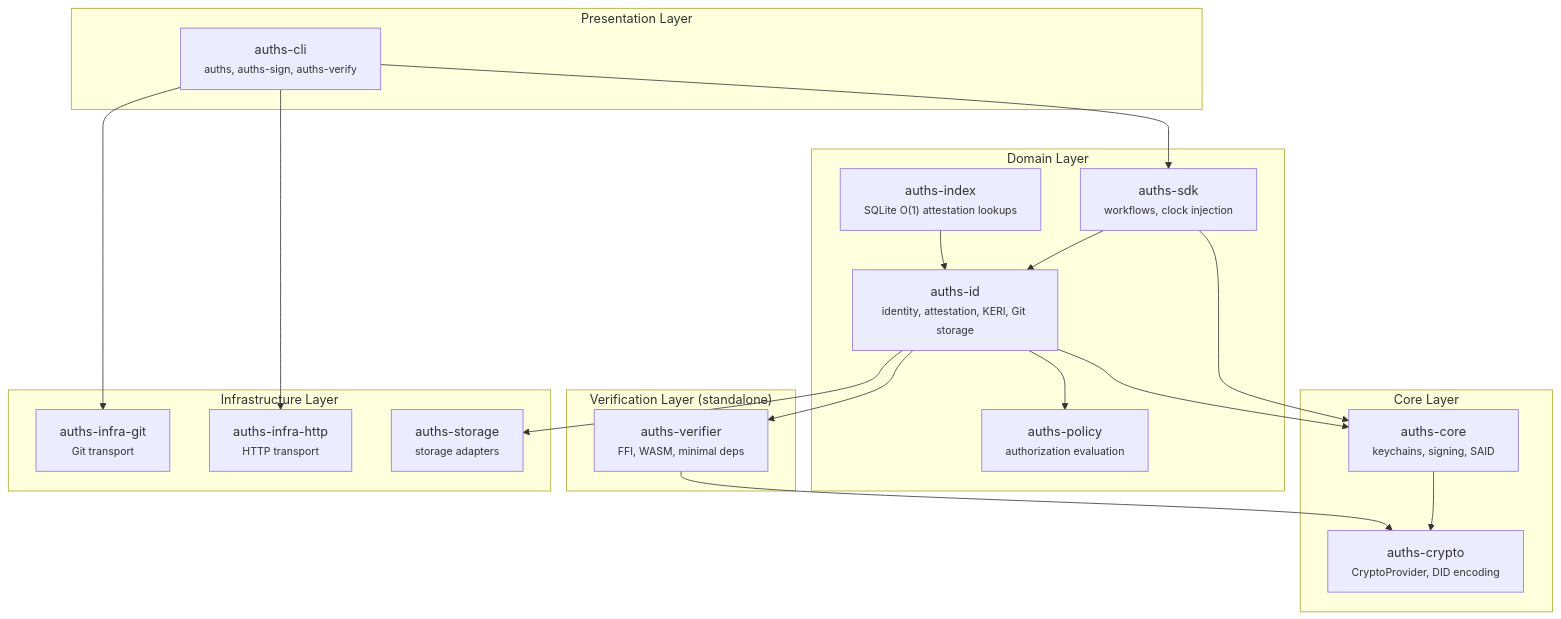
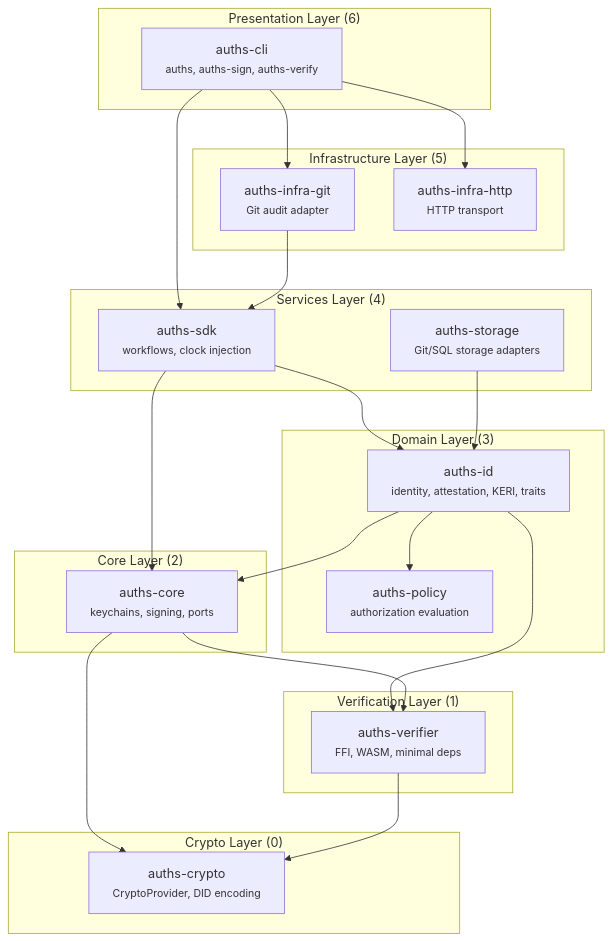
The first of 4 diagrams in docs/architecture/overview.md (auths-dev/auths), drawn with Mermaid before and after one commit. The commit also changed other lines of this file and 1 other file, not shown here.

First line of the commit message:
docs: update project structure and architecture for dependency refactor

````diff
--- a/docs/architecture/overview.md
+++ b/docs/architecture/overview.md
@@ -7,41 +7,47 @@
 ```mermaid
 flowchart TD
-    subgraph Presentation["Presentation Layer"]
+    subgraph Presentation["Presentation Layer (6)"]
         CLI["auths-cli<br/><small>auths, auths-sign, auths-verify</small>"]
     end
 
-    subgraph Domain["Domain Layer"]
-        SDK["auths-sdk<br/><small>workflows, clock injection</small>"]
-        ID["auths-id<br/><small>identity, attestation, KERI, Git storage</small>"]
-        POLICY["auths-policy<br/><small>authorization evaluation</small>"]
-        INDEX["auths-index<br/><small>SQLite O(1) attestation lookups</small>"]
+    subgraph Infrastructure["Infrastructure Layer (5)"]
+        INFRA_GIT["auths-infra-git<br/><small>Git audit adapter</small>"]
+        INFRA_HTTP["auths-infra-http<br/><small>HTTP transport</small>"]
     end
 
-    subgraph Core["Core Layer"]
-        CORE["auths-core<br/><small>keychains, signing, SAID</small>"]
+    subgraph Services["Services Layer (4)"]
+        SDK["auths-sdk<br/><small>workflows, clock injection</small>"]
+        STORAGE["auths-storage<br/><small>Git/SQL storage adapters</small>"]
+    end
+
+    subgraph Domain["Domain Layer (3)"]
+        ID["auths-id<br/><small>identity, attestation, KERI, traits</small>"]
+        POLICY["auths-policy<br/><small>authorization evaluation</small>"]
+    end
+
+    subgraph Core["Core Layer (2)"]
+        CORE["auths-core<br/><small>keychains, signing, ports</small>"]
+    end
+
+    subgraph Verification["Verification Layer (1)"]
+        VERIFIER["auths-verifier<br/><small>FFI, WASM, minimal deps</small>"]
+    end
+
+    subgraph Crypto["Crypto Layer (0)"]
         CRYPTO["auths-crypto<br/><small>CryptoProvider, DID encoding</small>"]
     end
 
-    subgraph Verification["Verification Layer (standalone)"]
-        VERIFIER["auths-verifier<br/><small>FFI, WASM, minimal deps</small>"]
-    end
-
-    subgraph Infrastructure["Infrastructure Layer"]
-        INFRA_GIT["auths-infra-git<br/><small>Git transport</small>"]
-        INFRA_HTTP["auths-infra-http<br/><small>HTTP transport</small>"]
-        STORAGE["auths-storage<br/><small>storage adapters</small>"]
-    end
-
     CLI --> SDK
+    CLI --> INFRA_GIT
+    CLI --> INFRA_HTTP
+    INFRA_GIT --> SDK
     SDK --> ID
     SDK --> CORE
+    STORAGE --> ID
     ID --> CORE
     ID --> POLICY
     ID --> VERIFIER
+    CORE --> VERIFIER
     CORE --> CRYPTO
     VERIFIER --> CRYPTO
-    INDEX --> ID
-    CLI --> INFRA_GIT
-    CLI --> INFRA_HTTP
-    ID --> STORAGE
 ```
````
